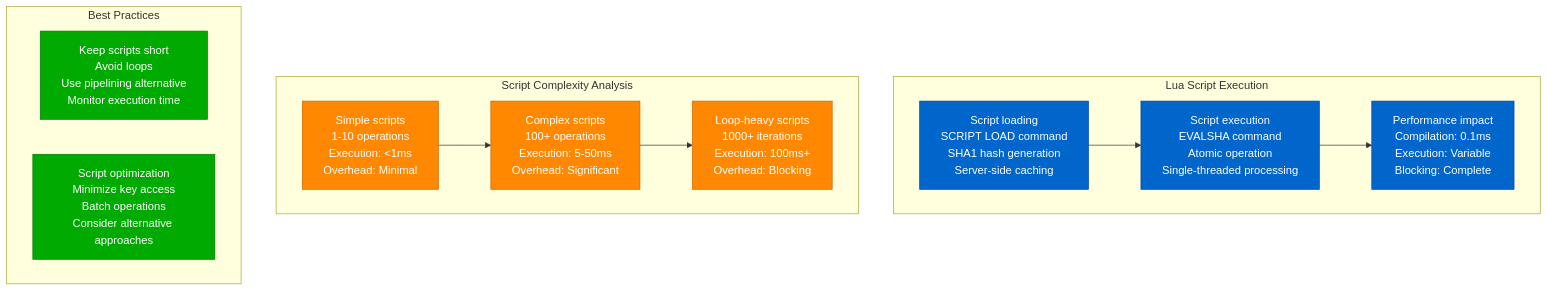
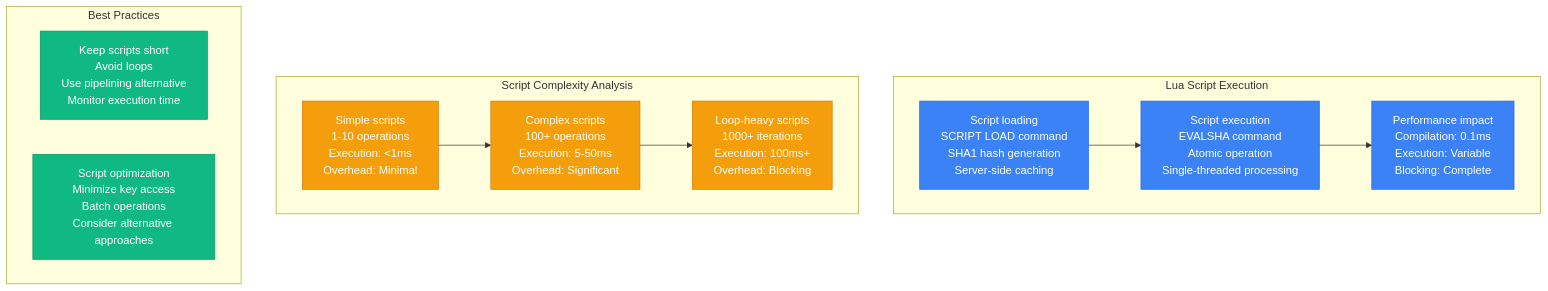
Before and after one commit to deepaucksharma/DS: the seventh of 15 diagrams in site/docs/performance/redis-performance-profile.md, drawn with Mermaid. The commit also changed other lines of this file and 303 other files, not shown here.

````diff
--- a/site/docs/performance/redis-performance-profile.md
+++ b/site/docs/performance/redis-performance-profile.md
@@ -233,36 +233,36 @@
 ```mermaid
 graph TB
     subgraph "Lua Script Execution"
         LUA1[Script loading<br/>SCRIPT LOAD command<br/>SHA1 hash generation<br/>Server-side caching]
 
         LUA2[Script execution<br/>EVALSHA command<br/>Atomic operation<br/>Single-threaded processing]
 
         LUA3[Performance impact<br/>Compilation: 0.1ms<br/>Execution: Variable<br/>Blocking: Complete]
 
         LUA1 --> LUA2 --> LUA3
     end
 
     subgraph "Script Complexity Analysis"
         SIMPLE[Simple scripts<br/>1-10 operations<br/>Execution: <1ms<br/>Overhead: Minimal]
 
         COMPLEX[Complex scripts<br/>100+ operations<br/>Execution: 5-50ms<br/>Overhead: Significant]
 
         LOOPS[Loop-heavy scripts<br/>1000+ iterations<br/>Execution: 100ms+<br/>Overhead: Blocking]
 
         SIMPLE --> COMPLEX --> LOOPS
     end
 
     subgraph "Best Practices"
         BP1[Keep scripts short<br/>Avoid loops<br/>Use pipelining alternative<br/>Monitor execution time]
 
         BP2[Script optimization<br/>Minimize key access<br/>Batch operations<br/>Consider alternative approaches]
     end
 
-    classDef scriptStyle fill:#0066CC,stroke:#004499,color:#fff
-    classDef complexityStyle fill:#FF8800,stroke:#CC6600,color:#fff
-    classDef practicesStyle fill:#00AA00,stroke:#007700,color:#fff
+    classDef scriptStyle fill:#3B82F6,stroke:#2563EB,color:#fff
+    classDef complexityStyle fill:#F59E0B,stroke:#D97706,color:#fff
+    classDef practicesStyle fill:#10B981,stroke:#059669,color:#fff
 
     class LUA1,LUA2,LUA3 scriptStyle
     class SIMPLE,COMPLEX,LOOPS complexityStyle
     class BP1,BP2 practicesStyle
 ```
````
